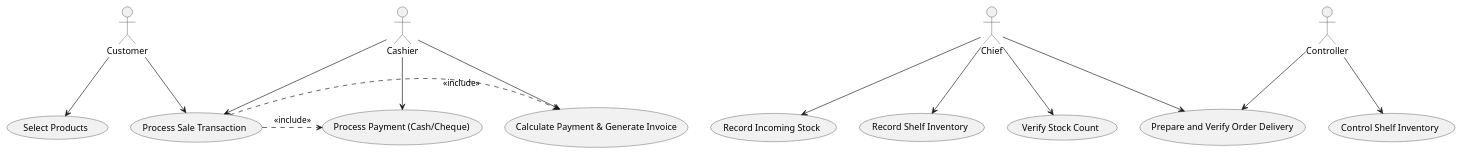
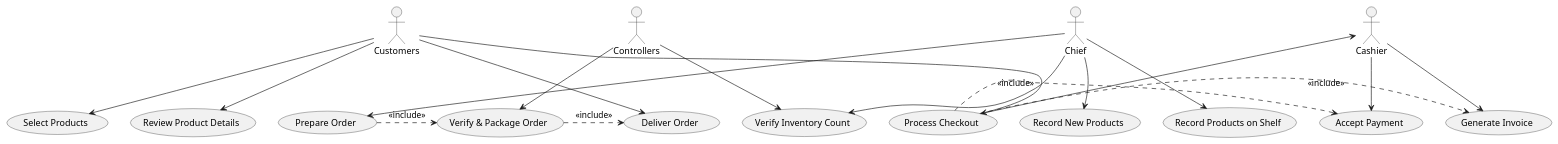
Before and after one commit to RayWP/pfsa-id: the diagram in survey-ud/gen-r-ent-o3-mini/R7_SuperMarket_class_diagram.puml, drawn with PlantUML. The commit also changed 7 other files, not shown here.

```diff
--- a/survey-ud/gen-r-ent-o3-mini/R7_SuperMarket_class_diagram.puml
+++ b/survey-ud/gen-r-ent-o3-mini/R7_SuperMarket_class_diagram.puml
@@ -1,52 +1,49 @@
 @startuml
-actor Customer
 actor Chief
-actor Controller
+actor Controllers
+actor Customers
 actor Cashier
 
-' ---------------------------
-' Inventory Management Use Cases
-' ---------------------------
-usecase "Record Incoming Stock" as UC1
-usecase "Record Shelf Inventory" as UC2
-usecase "Verify Stock Count" as UC3
+' Inventory Management use cases
+usecase "Record New Products" as UC1
+usecase "Record Products on Shelf" as UC2
+usecase "Verify Inventory Count" as UC3
 
-' ---------------------------
-' Sales Transaction Use Cases
-' ---------------------------
+' Sales Process use cases
 usecase "Select Products" as UC4
-usecase "Process Sale Transaction" as UC5
-usecase "Calculate Payment & Generate Invoice" as UC6
-usecase "Process Payment (Cash/Cheque)" as UC7
+usecase "Review Product Details" as UC5
+usecase "Process Checkout" as UC6
+usecase "Accept Payment" as UC7
+usecase "Generate Invoice" as UC8
 
-' ---------------------------
-' Shelf and Order Control Use Cases
-' ---------------------------
-usecase "Control Shelf Inventory" as UC9
-usecase "Prepare and Verify Order Delivery" as UC8
+' Order Fulfillment use cases
+usecase "Prepare Order" as UC9
+usecase "Verify & Package Order" as UC10
+usecase "Deliver Order" as UC11
 
-' ---------------------------
-' Actor to Use Case Associations
-' ---------------------------
+' Relationships: Inventory Management
 Chief --> UC1
 Chief --> UC2
 Chief --> UC3
-Chief --> UC8
+Controllers --> UC3
 
-Customer --> UC4
-Customer --> UC5
+' Relationships: Sales Process
+Customers --> UC4
+Customers --> UC5
+Customers --> UC6
+Cashier --> UC7
+Cashier --> UC8
 
-Cashier --> UC5
-Cashier --> UC6
-Cashier --> UC7
+' Inclusion relationships for checkout process
+UC6 .> UC7 : <<include>>
+UC6 .> UC8 : <<include>>
+Cashier <-- UC6
 
-Controller --> UC9
-Controller --> UC8
-
-' ---------------------------
-' Use Case Relationships (Includes)
-' ---------------------------
-UC5 .> UC6 : <<include>>
-UC5 .> UC7 : <<include>>
+' Relationships: Order Fulfillment
+Chief --> UC9
+UC9 .> UC10 : <<include>>
+UC10 .> UC11 : <<include>>
+Customers --> UC11
+Controllers --> UC10
 
 @enduml
```
